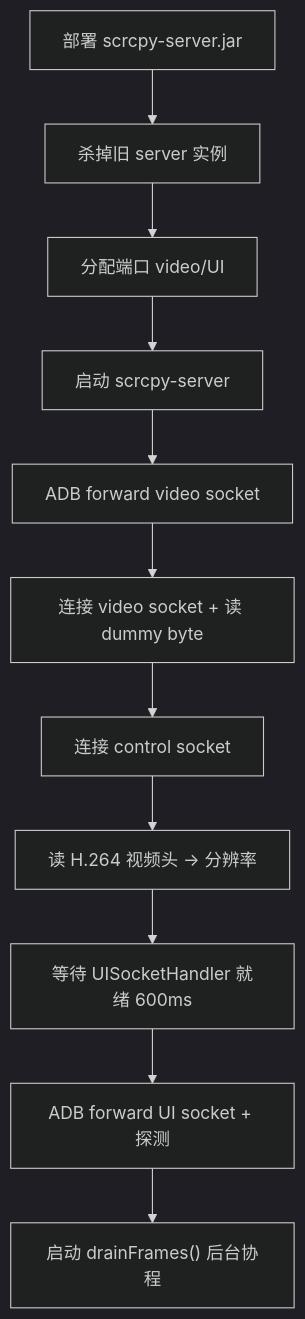
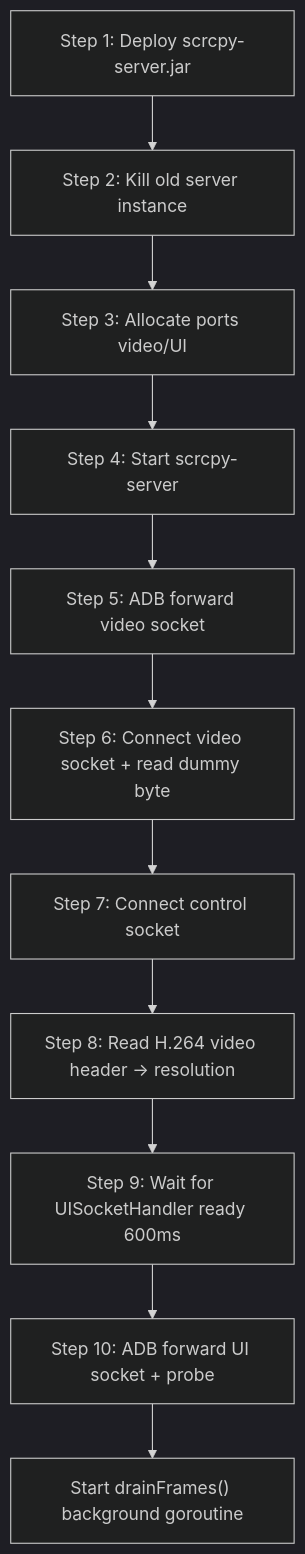
The sixth of 10 diagrams in docs/phonefast.md (gezihua123/phonefast), drawn with Mermaid (dark theme) before and after one commit. The commit also changed other lines of this file and 11 other files, not shown here.

````diff
--- a/docs/phonefast.md
+++ b/docs/phonefast.md
@@ -212,13 +243,13 @@
 ```mermaid
 flowchart TD
-    C1["部署 scrcpy-server.jar"] --> C2["杀掉旧 server 实例"]
-    C2 --> C3["分配端口 video/UI"]
-    C3 --> C4["启动 scrcpy-server"]
-    C4 --> C5["ADB forward video socket"]
-    C5 --> C6["连接 video socket + 读 dummy byte"]
-    C6 --> C7["连接 control socket"]
-    C7 --> C8["读 H.264 视频头 → 分辨率"]
-    C8 --> C9["等待 UISocketHandler 就绪 600ms"]
-    C9 --> C10["ADB forward UI socket + 探测"]
-    C10 --> C11["启动 drainFrames() 后台协程"]
+    C1["Step 1: Deploy scrcpy-server.jar"] --> C2["Step 2: Kill old server instance"]
+    C2 --> C3["Step 3: Allocate ports video/UI"]
+    C3 --> C4["Step 4: Start scrcpy-server"]
+    C4 --> C5["Step 5: ADB forward video socket"]
+    C5 --> C6["Step 6: Connect video socket + read dummy byte"]
+    C6 --> C7["Step 7: Connect control socket"]
+    C7 --> C8["Step 8: Read H.264 video header → resolution"]
+    C8 --> C9["Step 9: Wait for UISocketHandler ready 600ms"]
+    C9 --> C10["Step 10: ADB forward UI socket + probe"]
+    C10 --> C11["Start drainFrames() background goroutine"]
 ```
````
